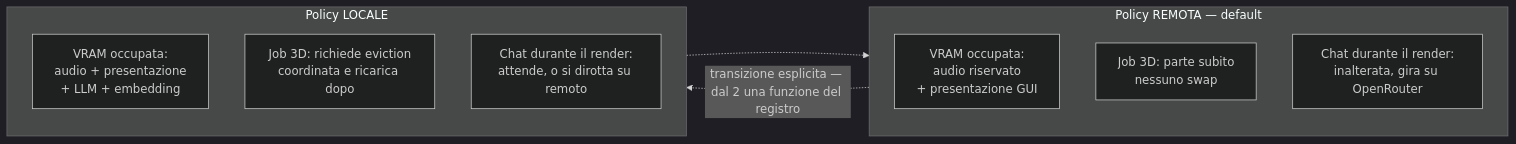
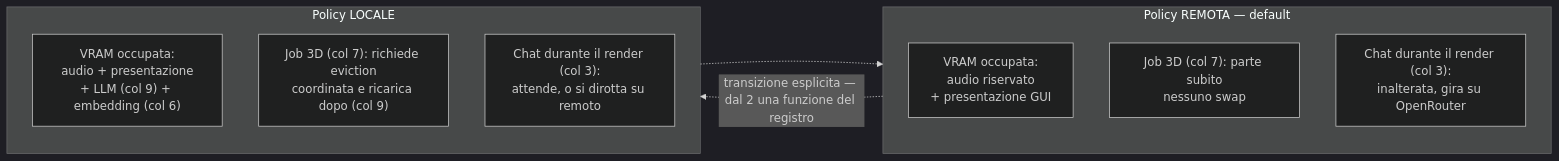
Before and after one commit to devfrx/daemon: the second of 2 diagrams in docs/design/02-arbitrato-gpu.md, drawn with Mermaid (dark theme). The commit also changed other lines of this file and 3 other files, not shown here.

First line of the commit message:
audit(2026-09-30): La regola 2 del README e i diagrammi 01-03

````diff
--- a/docs/design/02-arbitrato-gpu.md
+++ b/docs/design/02-arbitrato-gpu.md
@@ -221,17 +265,17 @@
 ```mermaid
 flowchart LR
     subgraph R["Policy REMOTA — default"]
         direction TB
         r1["VRAM occupata:<br/>audio riservato<br/>+ presentazione GUI"]
-        r2["Job 3D: parte subito<br/>nessuno swap"]
-        r3["Chat durante il render:<br/>inalterata, gira su OpenRouter"]
+        r2["Job 3D (col 7): parte subito<br/>nessuno swap"]
+        r3["Chat durante il render (col 3):<br/>inalterata, gira su OpenRouter"]
     end
     subgraph L["Policy LOCALE"]
         direction TB
-        l1["VRAM occupata:<br/>audio + presentazione<br/>+ LLM + embedding"]
-        l2["Job 3D: richiede eviction<br/>coordinata e ricarica dopo"]
-        l3["Chat durante il render:<br/>attende, o si dirotta su remoto"]
+        l1["VRAM occupata:<br/>audio + presentazione<br/>+ LLM (col 9) + embedding (col 6)"]
+        l2["Job 3D (col 7): richiede eviction<br/>coordinata e ricarica dopo (col 9)"]
+        l3["Chat durante il render (col 3):<br/>attende, o si dirotta su remoto"]
     end
     R -.->|"transizione esplicita — dal 2 una funzione del registro"| L
     L -.-> R
 ```
````
